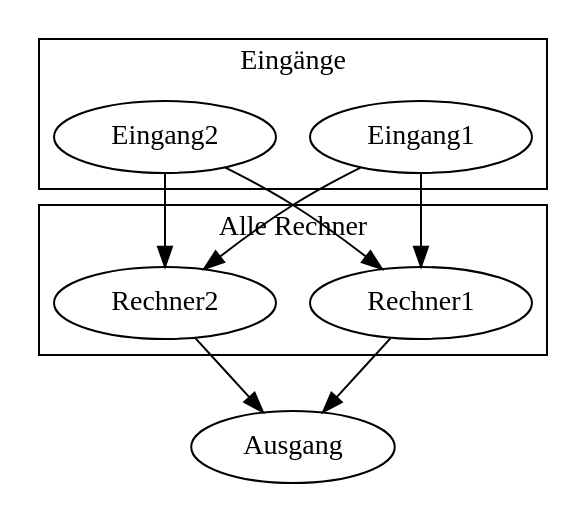
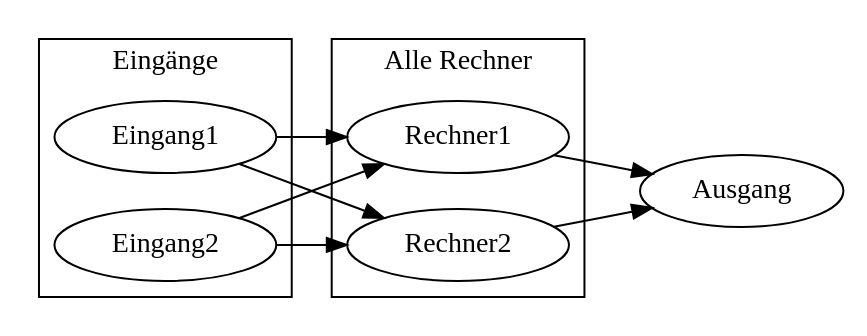
Before and after one commit to fubsi/studium-aufgaben: the diagram in Zuverlässigkeitsdiagramm.gv, drawn with Graphviz. The commit also changed 4 other files, not shown here.

```diff
--- a/Zuverlässigkeitsdiagramm.gv
+++ b/Zuverlässigkeitsdiagramm.gv
@@ -1,19 +1,20 @@
 digraph "Zuverlässigkeitsdiagramm" {
+	graph [rankdir=LR]
 	subgraph "cluster_Eingänge" {
 		graph [label="Eingänge"]
 		Eingang1
 		Eingang2
 	}
 	subgraph "cluster_Alle Rechner" {
 		graph [label="Alle Rechner"]
 		Rechner1
 		Rechner2
 	}
 	Eingang1 -> Rechner1
 	Eingang2 -> Rechner1
 	Eingang1 -> Rechner2
 	Eingang2 -> Rechner2
 	Ausgang
 	Rechner1 -> Ausgang
 	Rechner2 -> Ausgang
 }
```
